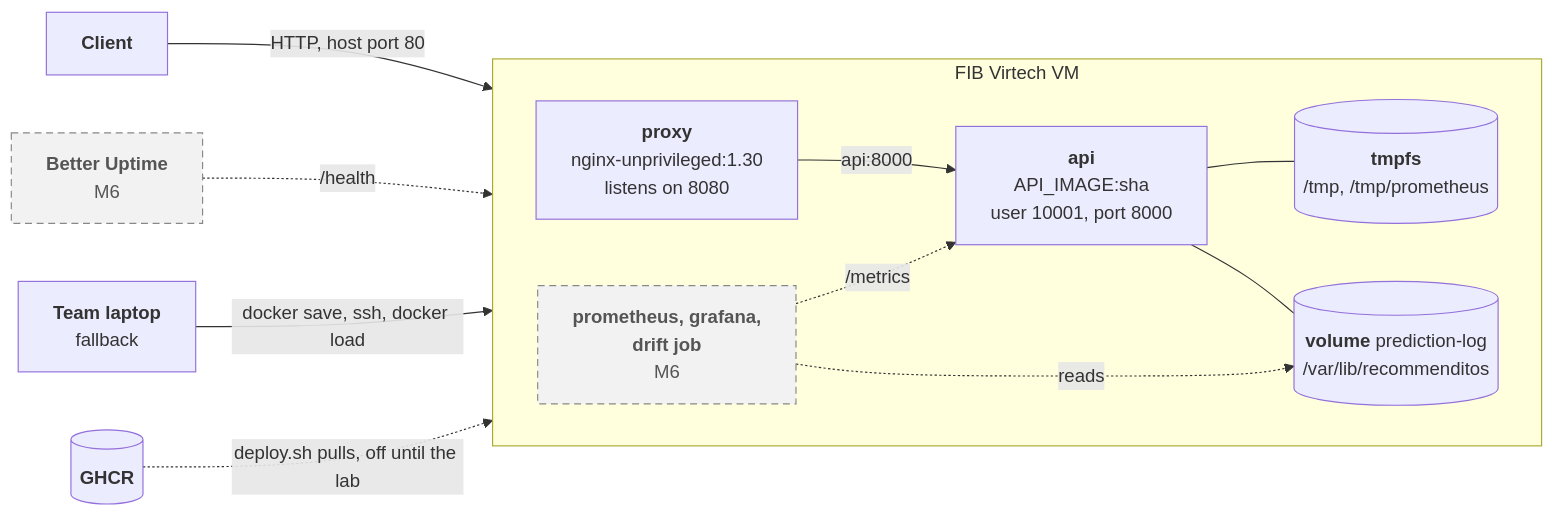
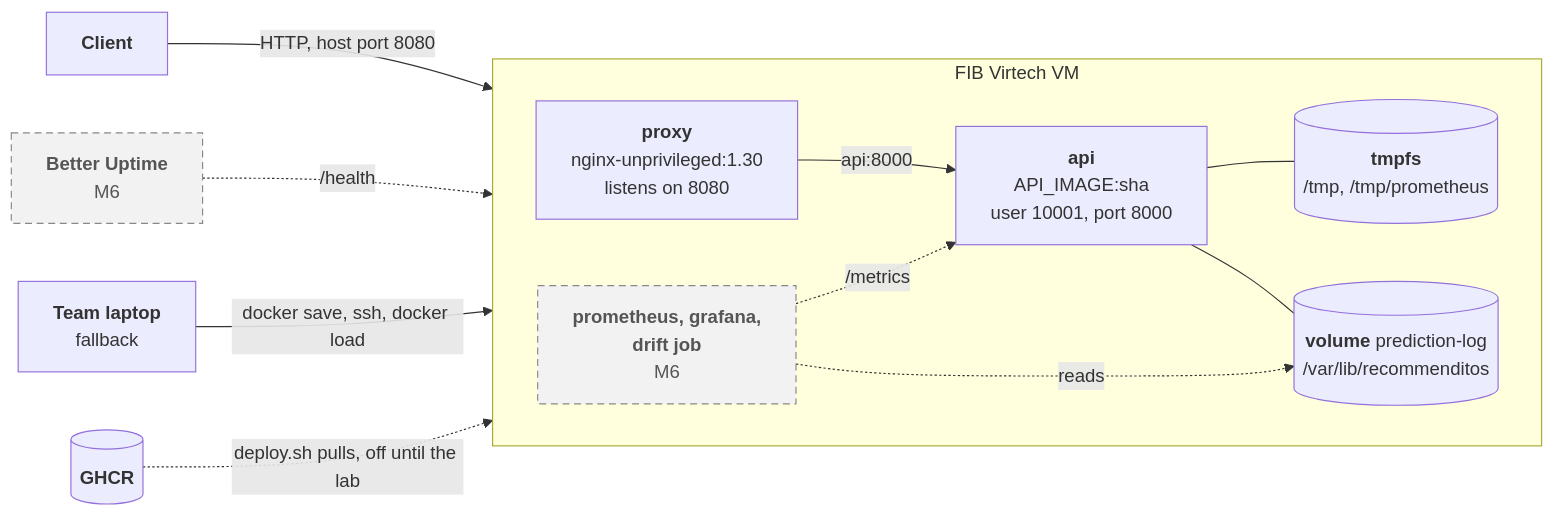
The third of 3 diagrams in docs/docs/architecture.md (mlops-2627q1-mds-upc/MLOPS_Recommenditos), drawn with Mermaid before and after one commit. The commit also changed other lines of this file and 7 other files, not shown here.

````diff
--- a/docs/docs/architecture.md
+++ b/docs/docs/architecture.md
@@ -93,29 +93,29 @@
 ```mermaid
 flowchart LR
     d_user["<b>Client</b>"]
     d_uptime["<b>Better Uptime</b><br/>M6"]
     d_laptop["<b>Team laptop</b><br/>fallback"]
     d_ghcr[("<b>GHCR</b>")]
 
     subgraph d_vm["FIB Virtech VM"]
         direction LR
         d_proxyc["<b>proxy</b><br/>nginx-unprivileged:1.30<br/>listens on 8080"]
         d_apic["<b>api</b><br/>API_IMAGE:sha<br/>user 10001, port 8000"]
         d_m6["<b>prometheus, grafana,<br/>drift job</b><br/>M6"]
         d_tmpfs[("<b>tmpfs</b><br/>/tmp, /tmp/prometheus")]
         d_vol[("<b>volume</b> prediction-log<br/>/var/lib/recommenditos")]
     end
 
-    d_user -->|"HTTP, host port 80"| d_proxyc
+    d_user -->|"HTTP, host port 8080"| d_proxyc
     d_uptime -.->|"/health"| d_proxyc
     d_laptop -->|"docker save, ssh, docker load"| d_apic
     d_ghcr -.->|"deploy.sh pulls, off until the lab"| d_apic
     d_proxyc -->|"api:8000"| d_apic
     d_m6 -.->|"/metrics"| d_apic
     d_apic --- d_tmpfs
     d_apic --- d_vol
     d_m6 -.->|"reads"| d_vol
 
     classDef later fill:#f2f2f2,stroke:#888,color:#555,stroke-dasharray:6 4
     class d_uptime,d_m6 later
 ```
````
